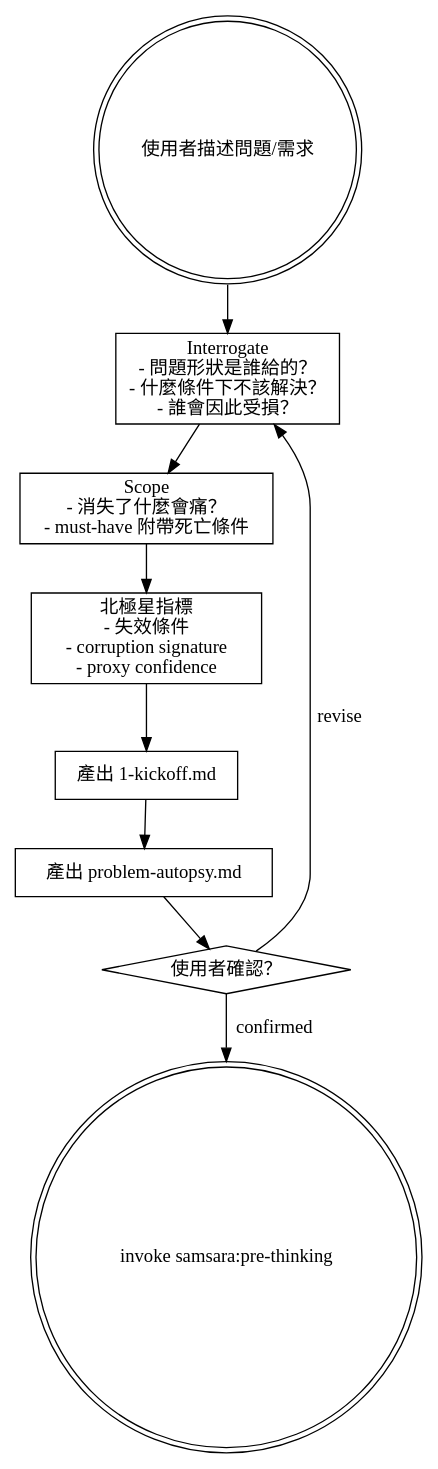
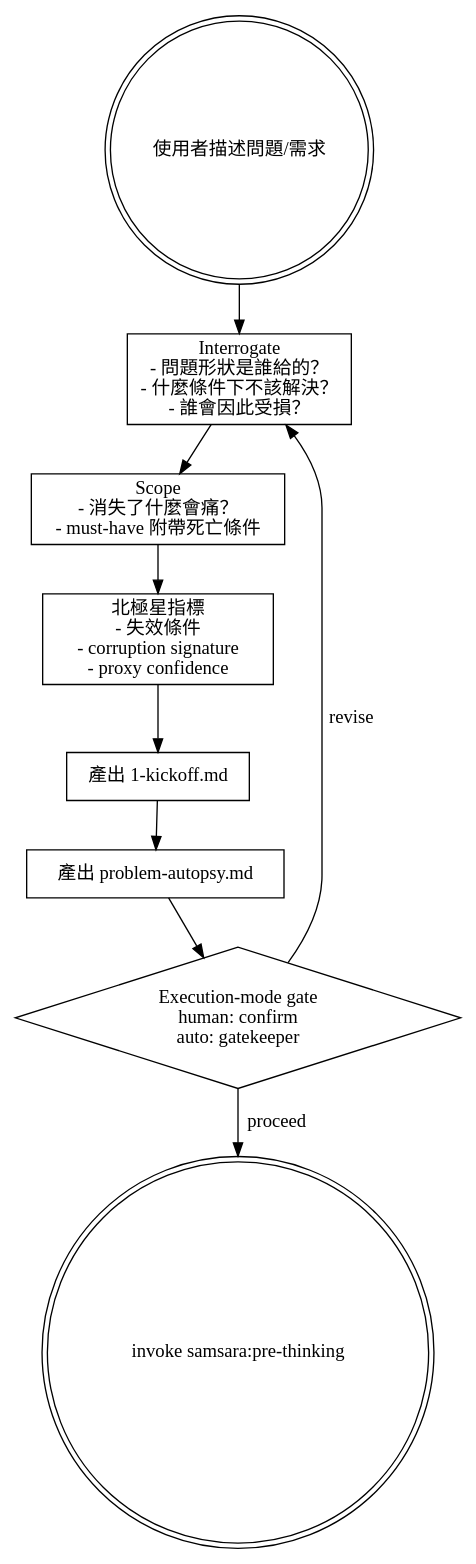
Before and after one commit to roymondliao/samsara: the diagram in skills/research/SKILL.md, drawn with Graphviz. The commit also changed other lines of this file and 66 other files, not shown here.

````diff
--- a/skills/research/SKILL.md
+++ b/skills/research/SKILL.md
@@ -14,23 +14,23 @@
 ```dot
 digraph research {
     node [shape=box];
 
     start [label="使用者描述問題/需求" shape=doublecircle];
     interrogate [label="Interrogate\n- 問題形狀是誰給的？\n- 什麼條件下不該解決？\n- 誰會因此受損？"];
     scope [label="Scope\n- 消失了什麼會痛？\n- must-have 附帶死亡條件"];
     north_star [label="北極星指標\n- 失效條件\n- corruption signature\n- proxy confidence"];
     output_kickoff [label="產出 1-kickoff.md"];
     output_autopsy [label="產出 problem-autopsy.md"];
-    gate [label="使用者確認？" shape=diamond];
+    gate [label="Execution-mode gate\nhuman: confirm\nauto: gatekeeper" shape=diamond];
     next [label="invoke samsara:pre-thinking" shape=doublecircle];
 
     start -> interrogate;
     interrogate -> scope;
     scope -> north_star;
     north_star -> output_kickoff;
     output_kickoff -> output_autopsy;
     output_autopsy -> gate;
-    gate -> next [label="confirmed"];
+    gate -> next [label="proceed"];
     gate -> interrogate [label="revise"];
 }
 ```
````
